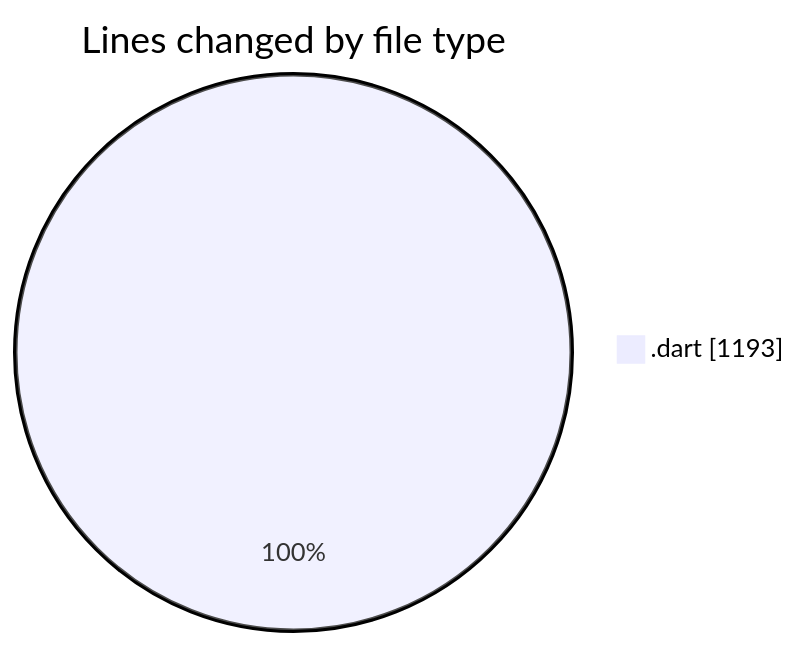
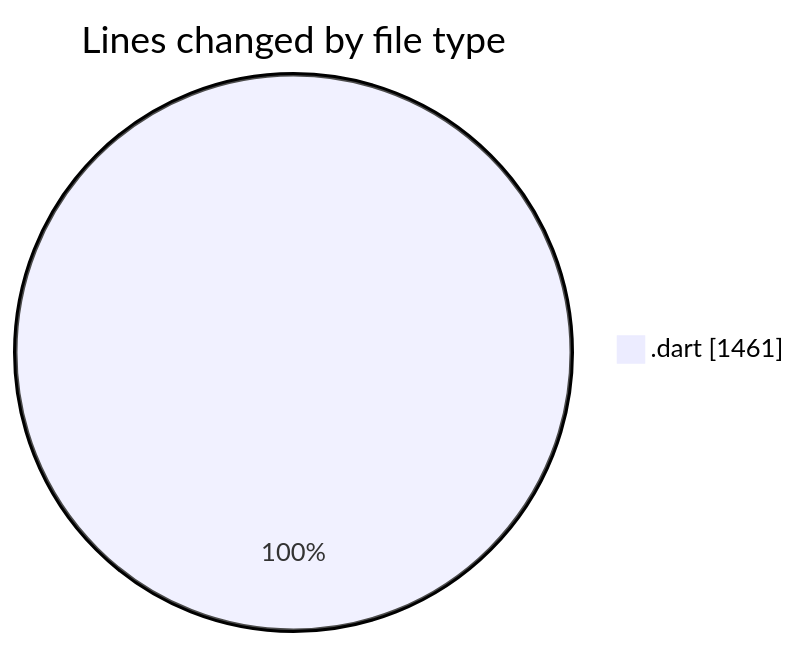
One commit to donsfak/code-tracking changed the first of 2 diagrams in 2025-01-15/trackers_app/README.md. Above: the diagram before and after it, drawn with Mermaid. The commit also changed other lines of this file and 1 other file, not shown here.

````diff
--- a/2025-01-15/trackers_app/README.md
+++ b/2025-01-15/trackers_app/README.md
@@ -29,5 +29,5 @@
 ```mermaid
 pie showData
 title Lines changed by file type
-".dart" : 1193
+".dart" : 1461
 ```
````
